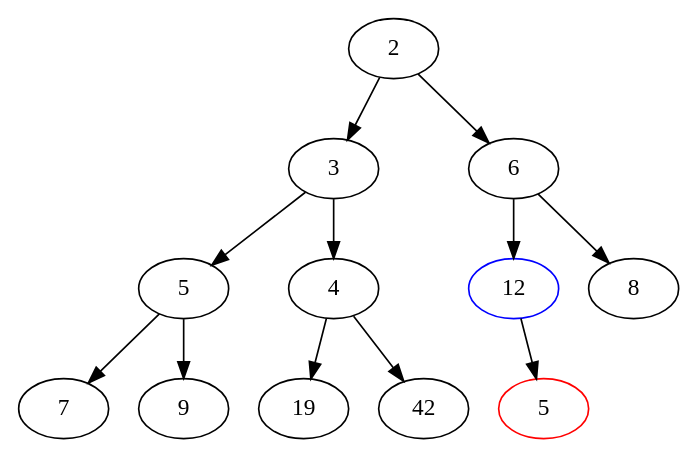
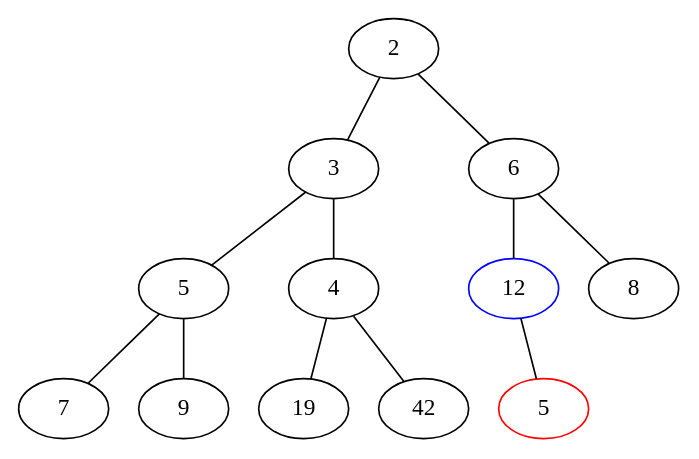
Before and after one commit to azolus/dstructOn: the diagram in heap/assets/heap_insert_1.dot, drawn with Graphviz. The commit also changed 20 other files, not shown here.

Commit message:
docs: change graph edges from arrows to lines

```diff
--- a/heap/assets/heap_insert_1.dot
+++ b/heap/assets/heap_insert_1.dot
@@ -1,15 +1,15 @@
-digraph G {
+graph G {
 	20 [color="red",label="5"]
 	12 [color="blue"]
-	2 -> 3;
-	2 -> 6;
-	3 -> 5;
-	3 -> 4;
-	6 -> 12;
-	6 -> 8;
-	5 -> 7;
-	5 -> 9;
-	4 -> 19;
-	4 -> 42;
-	12 -> 20;
+	2 -- 3;
+	2 -- 6;
+	3 -- 5;
+	3 -- 4;
+	6 -- 12;
+	6 -- 8;
+	5 -- 7;
+	5 -- 9;
+	4 -- 19;
+	4 -- 42;
+	12 -- 20;
 }
```
